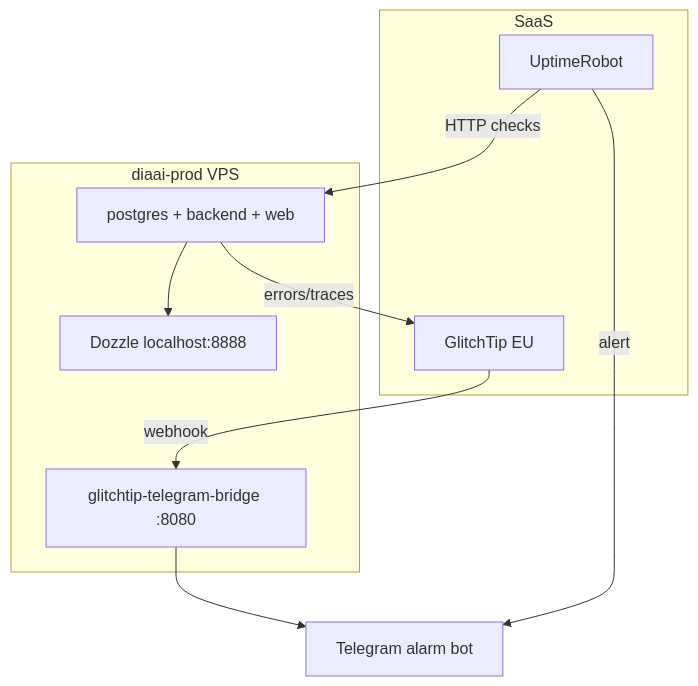
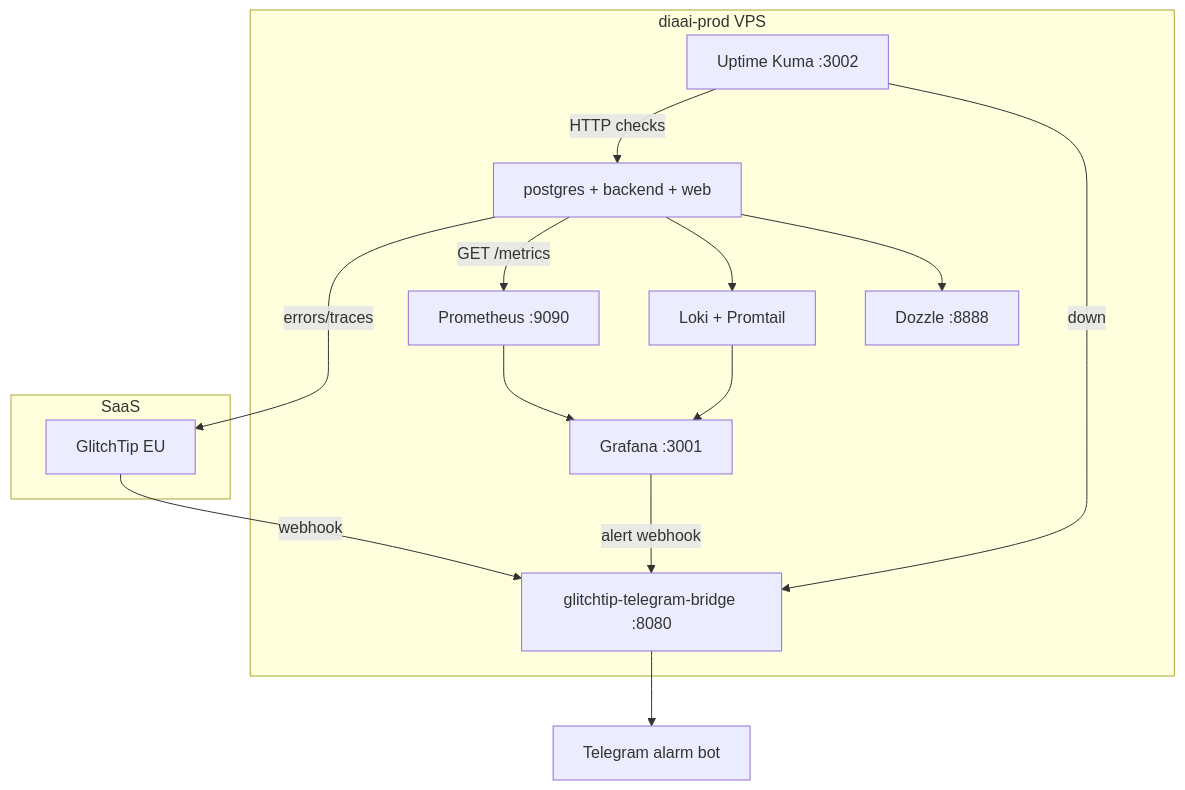
Before and after one commit to zatulik2606/diaai: the diagram in docs/adr/adr-005-observability.md, drawn with Mermaid. The commit also changed other lines of this file and 12 other files, not shown here.

````diff
--- a/docs/adr/adr-005-observability.md
+++ b/docs/adr/adr-005-observability.md
@@ -74,20 +76,28 @@
 ```mermaid
 flowchart TB
   subgraph vps [diaai-prod VPS]
     App["postgres + backend + web"]
-    Dozzle["Dozzle localhost:8888"]
+    Dozzle["Dozzle :8888"]
+    Loki["Loki + Promtail"]
+    Prom["Prometheus :9090"]
+    Graf["Grafana :3001"]
     Bridge["glitchtip-telegram-bridge :8080"]
+    Kuma["Uptime Kuma :3002"]
     App --> Dozzle
+    App --> Loki
+    App -->|GET /metrics| Prom
+    Prom --> Graf
+    Loki --> Graf
+    Graf -->|alert webhook| Bridge
+    Kuma -->|down| Bridge
   end
 
   subgraph saas [SaaS]
     GT[GlitchTip EU]
-    UR[UptimeRobot]
   end
 
   App -->|errors/traces| GT
-  UR -->|HTTP checks| App
+  Kuma -->|HTTP checks| App
   GT -->|webhook| Bridge
   Bridge --> TG["Telegram alarm bot"]
-  UR -->|alert| TG
 ```
````
